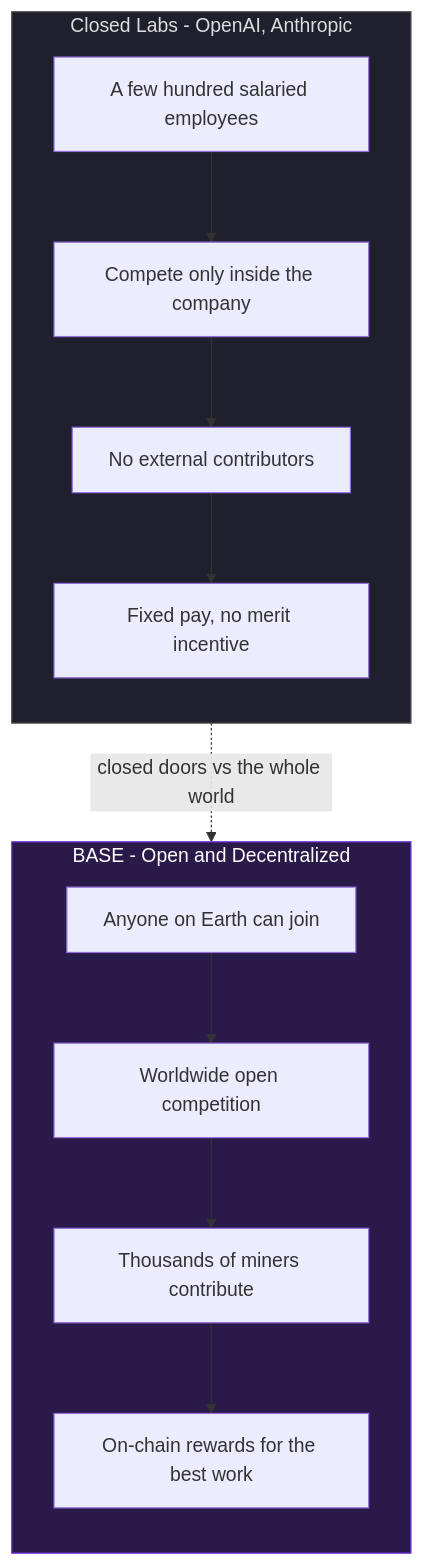
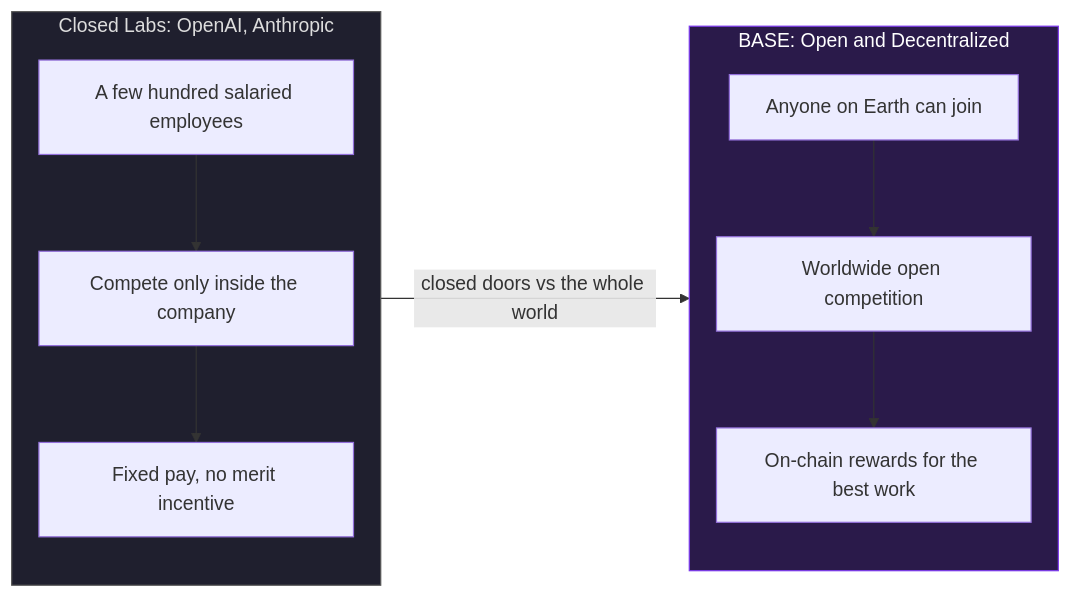
One commit to BaseIntelligence/.github changed the first of 3 diagrams in profile/README.md. Above: the diagram before and after it, drawn with Mermaid. The commit also changed other lines of this file, not shown here.

Commit message:
Optimize mermaid diagrams for width over height

````diff
--- a/profile/README.md
+++ b/profile/README.md
@@ -42,25 +42,22 @@
 ```mermaid
-flowchart TB
-    subgraph CLOSED["Closed Labs - OpenAI, Anthropic"]
+%%{init: {'flowchart': {'nodeSpacing': 25, 'rankSpacing': 55}}}%%
+flowchart LR
+    subgraph CLOSED["Closed Labs: OpenAI, Anthropic"]
         direction TB
         C0["A few hundred salaried employees"]
         C1["Compete only inside the company"]
-        C2["No external contributors"]
-        C3["Fixed pay, no merit incentive"]
-        C0 --> C1 --> C2 --> C3
+        C2["Fixed pay, no merit incentive"]
+        C0 --> C1 --> C2
     end
-
-    subgraph BASE["BASE - Open and Decentralized"]
+    subgraph BASE["BASE: Open and Decentralized"]
         direction TB
         B0["Anyone on Earth can join"]
         B1["Worldwide open competition"]
-        B2["Thousands of miners contribute"]
-        B3["On-chain rewards for the best work"]
-        B0 --> B1 --> B2 --> B3
+        B2["On-chain rewards for the best work"]
+        B0 --> B1 --> B2
     end
-
-    CLOSED -. "closed doors vs the whole world" .-> BASE
+    CLOSED -- "closed doors vs the whole world" --> BASE
 
     style CLOSED fill:#1f1f2e,stroke:#555,color:#ddd
     style BASE fill:#2a1a4a,stroke:#7c3aed,color:#fff
 ```
````
